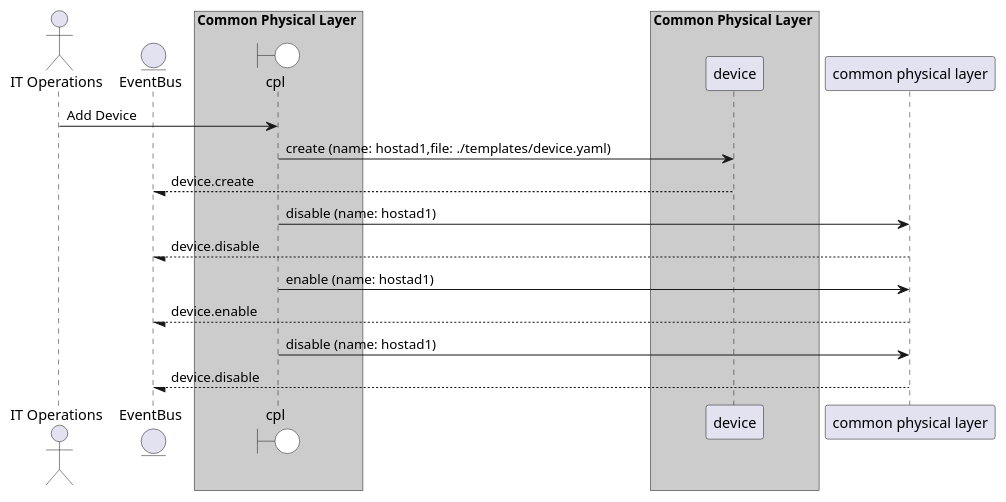
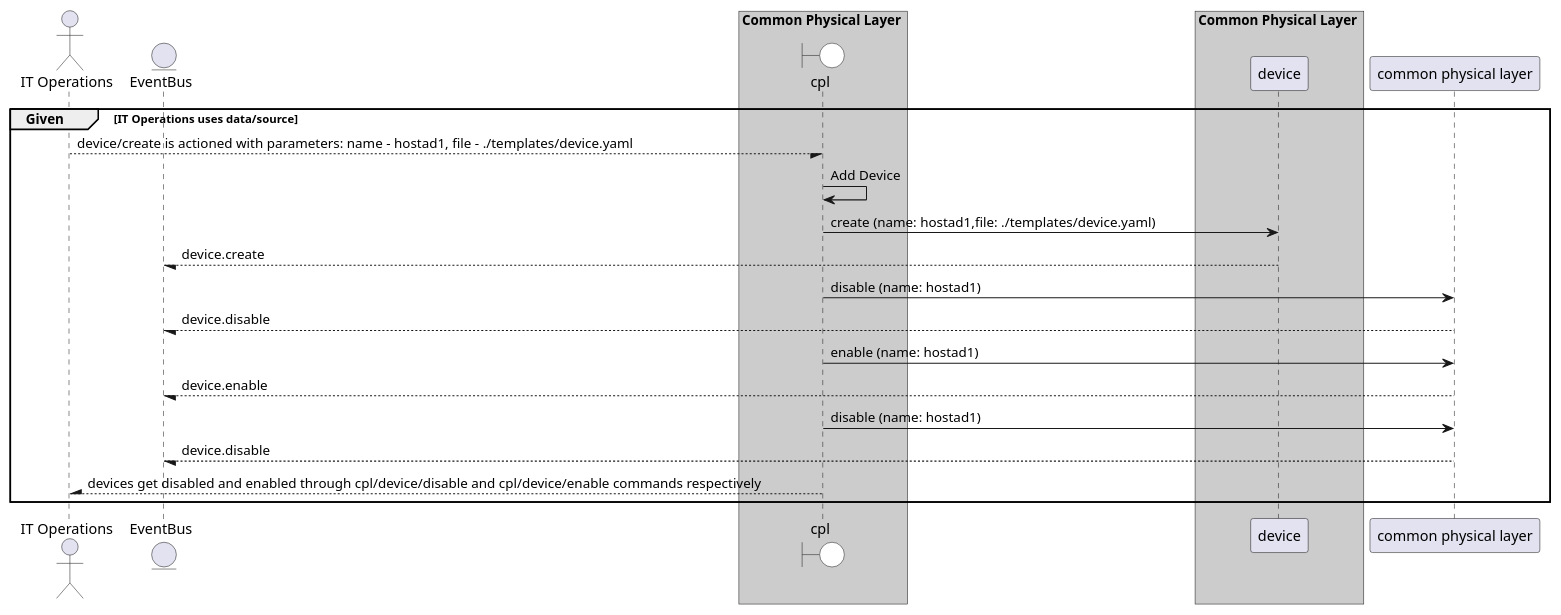
Before and after one commit to madajaju/edgemere: the diagram in docs/edgemere/cpl/usecases/manageinfrastructure/AddDevice.puml, drawn with PlantUML. The commit also changed 957 other files, not shown here.

```diff
--- a/docs/edgemere/cpl/usecases/manageinfrastructure/AddDevice.puml
+++ b/docs/edgemere/cpl/usecases/manageinfrastructure/AddDevice.puml
@@ -1,38 +1,46 @@
 @startuml
+
 
 actor "IT Operations"
 
 
 entity EventBus
 
 box Common Physical Layer #cccccc
     boundary cpl #white
 end box
 
 
 box Common Physical Layer #cccccc
             participant device
     end box
 
+group Given [IT Operations uses data/source]
 
-"IT Operations" -> cpl: Add Device
+"IT Operations" --/ cpl: device/create is actioned with parameters: name - hostad1, file - ./templates/device.yaml
+"cpl" -> cpl: Add Device
 
     cpl -> "device": create (name: hostad1,file: ./templates/device.yaml)
 
     "device" --/ EventBus: device.create
 
     cpl -> "common physical layer": disable (name: hostad1)
 
     "common physical layer" --/ EventBus: device.disable
 
     cpl -> "common physical layer": enable (name: hostad1)
 
     "common physical layer" --/ EventBus: device.enable
 
     cpl -> "common physical layer": disable (name: hostad1)
 
     "common physical layer" --/ EventBus: device.disable
 
 
 
+"IT Operations" /-- cpl: devices get disabled and enabled through cpl/device/disable and cpl/device/enable commands respectively
+
+
+end
+
 @enduml
```
